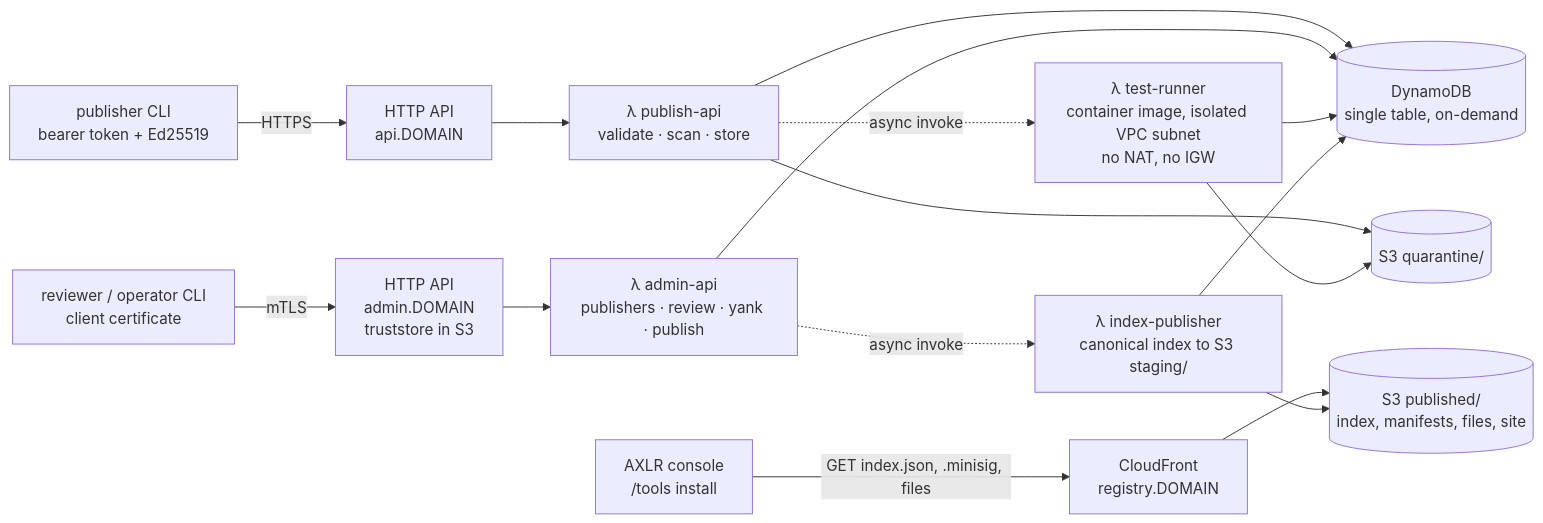
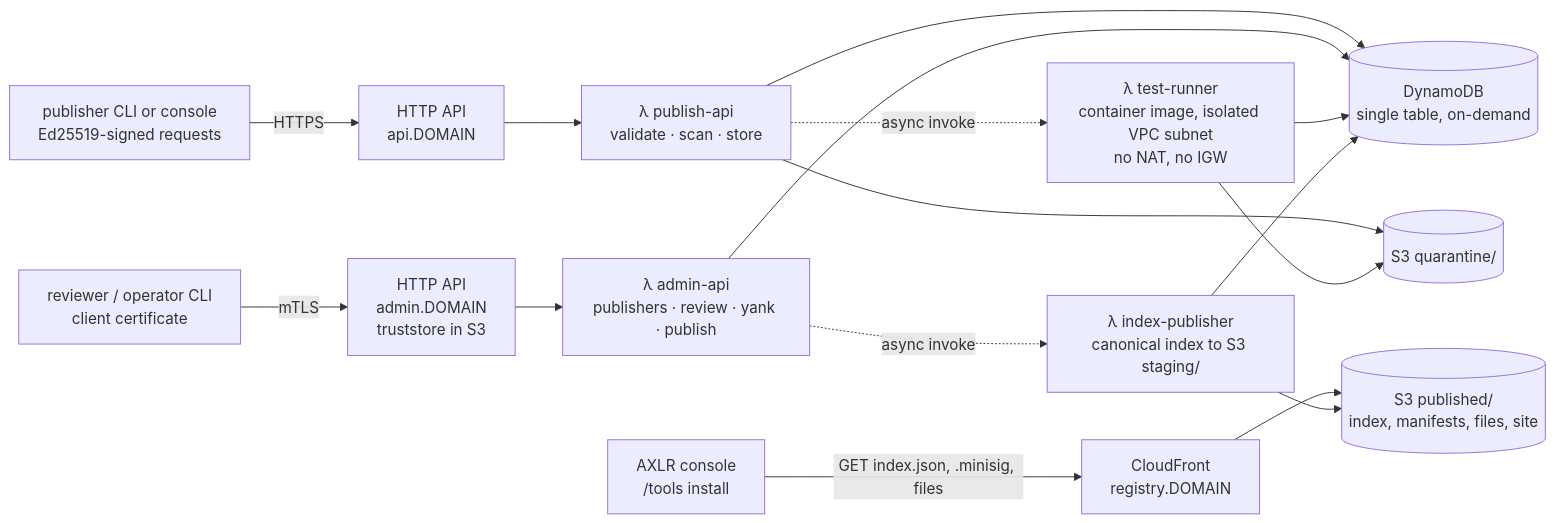
Before and after one commit to underpass-ai/axlr-registry: the diagram in docs/architecture.md, drawn with Mermaid. The commit also changed other lines of this file and 5 other files, not shown here.

Commit message:
Docs: signed requests, enrolment and approval in api.md, operations.md, the README, architecture.md and domain.md

````diff
--- a/docs/architecture.md
+++ b/docs/architecture.md
@@ -17,18 +17,18 @@
 ```mermaid
 flowchart LR
     Console[AXLR console<br/>/tools install] -->|GET index.json, .minisig, files| CF[CloudFront<br/>registry.DOMAIN]
     CF --> S3pub[(S3 published/<br/>index, manifests, files, site)]
-    Publisher[publisher CLI<br/>bearer token + Ed25519] -->|HTTPS| APIpub[HTTP API<br/>api.DOMAIN]
+    Publisher[publisher CLI or console<br/>Ed25519-signed requests] -->|HTTPS| APIpub[HTTP API<br/>api.DOMAIN]
     Reviewer[reviewer / operator CLI<br/>client certificate] -->|mTLS| APIadm[HTTP API<br/>admin.DOMAIN<br/>truststore in S3]
     APIpub --> Lpub[λ publish-api<br/>validate · scan · store]
     APIadm --> Ladm[λ admin-api<br/>publishers · review · yank · publish]
     Lpub --> DDB[(DynamoDB<br/>single table, on-demand)]
     Ladm --> DDB
     Lpub --> S3q[(S3 quarantine/)]
     Lpub -. async invoke .-> Ltest[λ test-runner<br/>container image, isolated VPC subnet<br/>no NAT, no IGW]
     Ltest --> S3q
     Ltest --> DDB
     Ladm -. async invoke .-> Lidx[λ index-publisher<br/>canonical index to S3 staging/]
     Lidx --> S3pub
     Lidx --> DDB
 ```
````
